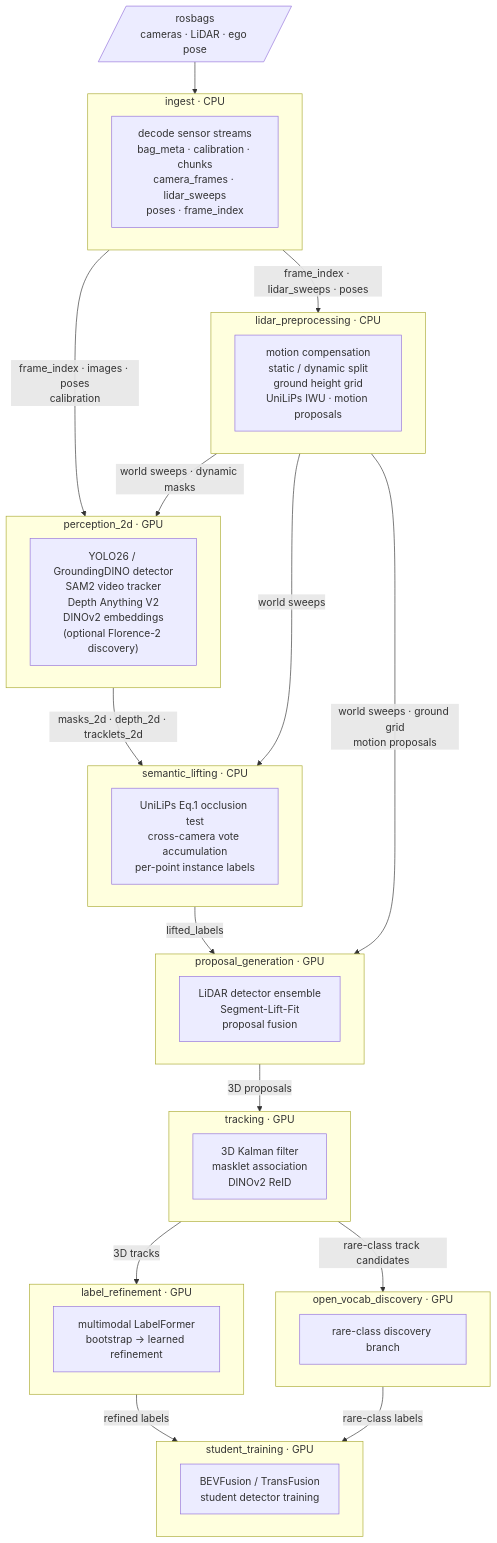
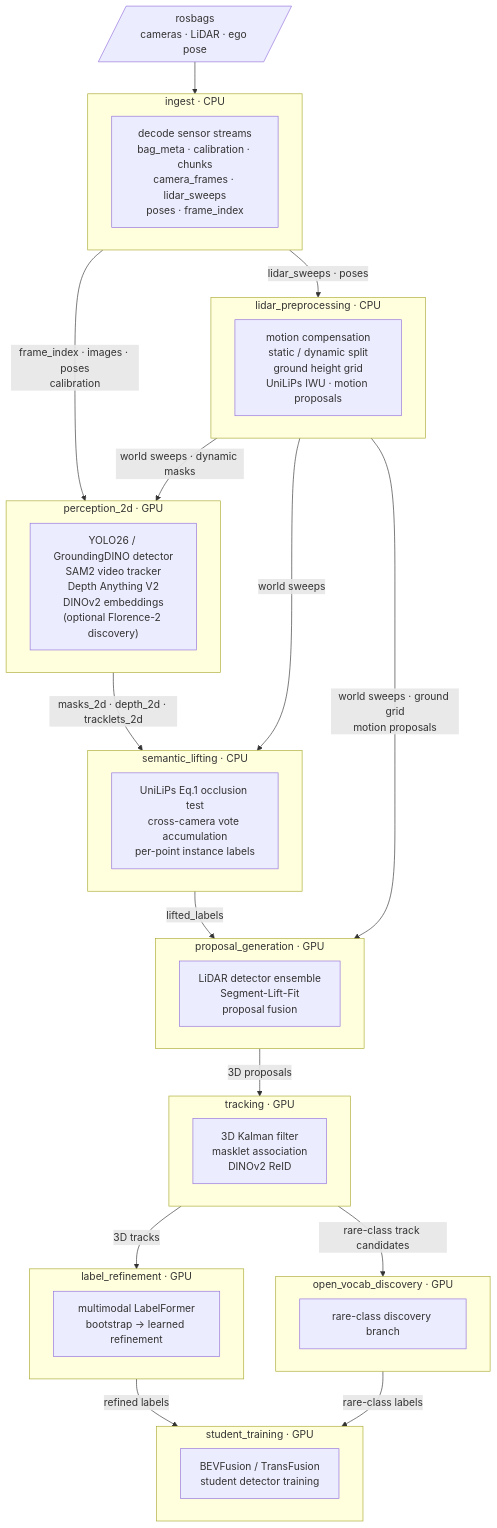
The diagram in README.md (WATonomous/wato_world), drawn with Mermaid before and after one commit. The commit also changed other lines of this file and 41 other files, not shown here.

Commit message:
chunk timeline module

````diff
--- a/README.md
+++ b/README.md
@@ -10,54 +10,54 @@
 ```mermaid
 flowchart TD
     BAG[/"rosbags\ncameras · LiDAR · ego pose"/]
 
     subgraph ingest["ingest  ·  CPU"]
         I["decode sensor streams\nbag_meta · calibration · chunks\ncamera_frames · lidar_sweeps\nposes · frame_index"]
     end
 
     subgraph lidar_prep["lidar_preprocessing  ·  CPU"]
         LP["motion compensation\nstatic / dynamic split\nground height grid\nUniLiPs IWU · motion proposals"]
     end
 
     subgraph perception_2d["perception_2d  ·  GPU"]
         P2["YOLO26 / GroundingDINO detector\nSAM2 video tracker\nDepth Anything V2\nDINOv2 embeddings\n(optional Florence-2 discovery)"]
     end
 
     subgraph semantic_lifting["semantic_lifting  ·  CPU"]
         SL["UniLiPs Eq.1 occlusion test\ncross-camera vote accumulation\nper-point instance labels"]
     end
 
     subgraph proposal_gen["proposal_generation  ·  GPU"]
         PG["LiDAR detector ensemble\nSegment-Lift-Fit\nproposal fusion"]
     end
 
     subgraph tracking["tracking  ·  GPU"]
         TR["3D Kalman filter\nmasklet association\nDINOv2 ReID"]
     end
 
     subgraph label_ref["label_refinement  ·  GPU"]
         LR["multimodal LabelFormer\nbootstrap → learned refinement"]
     end
 
     subgraph ovd["open_vocab_discovery  ·  GPU"]
         OV["rare-class discovery branch"]
     end
 
     subgraph student["student_training  ·  GPU"]
         ST["BEVFusion / TransFusion\nstudent detector training"]
     end
 
     BAG --> ingest
     ingest -- "frame_index · images · poses\ncalibration" --> perception_2d
-    ingest -- "frame_index · lidar_sweeps · poses" --> lidar_prep
+    ingest -- "lidar_sweeps · poses" --> lidar_prep
     lidar_prep -- "world sweeps · dynamic masks" --> perception_2d
     lidar_prep -- "world sweeps" --> semantic_lifting
     perception_2d -- "masks_2d · depth_2d · tracklets_2d" --> semantic_lifting
     semantic_lifting -- "lifted_labels" --> proposal_gen
     lidar_prep -- "world sweeps · ground grid\nmotion proposals" --> proposal_gen
     proposal_gen -- "3D proposals" --> tracking
     tracking -- "3D tracks" --> label_ref
     tracking -- "rare-class track candidates" --> ovd
     label_ref -- "refined labels" --> student
     ovd -- "rare-class labels" --> student
 ```
````
